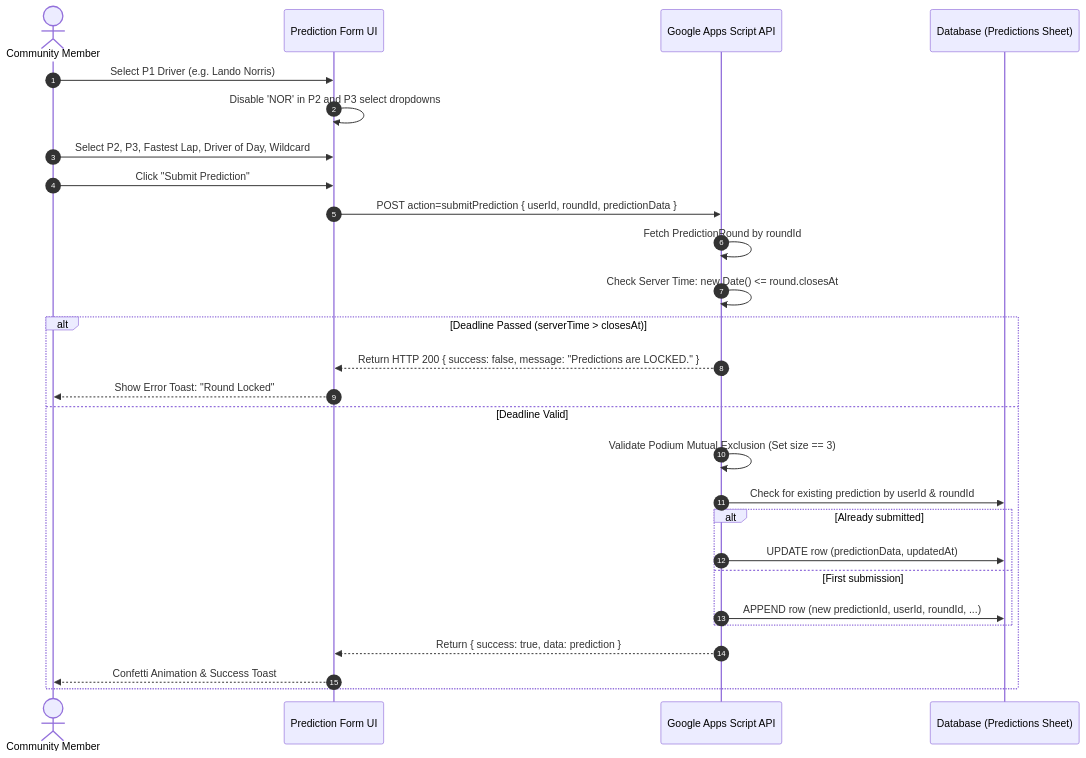
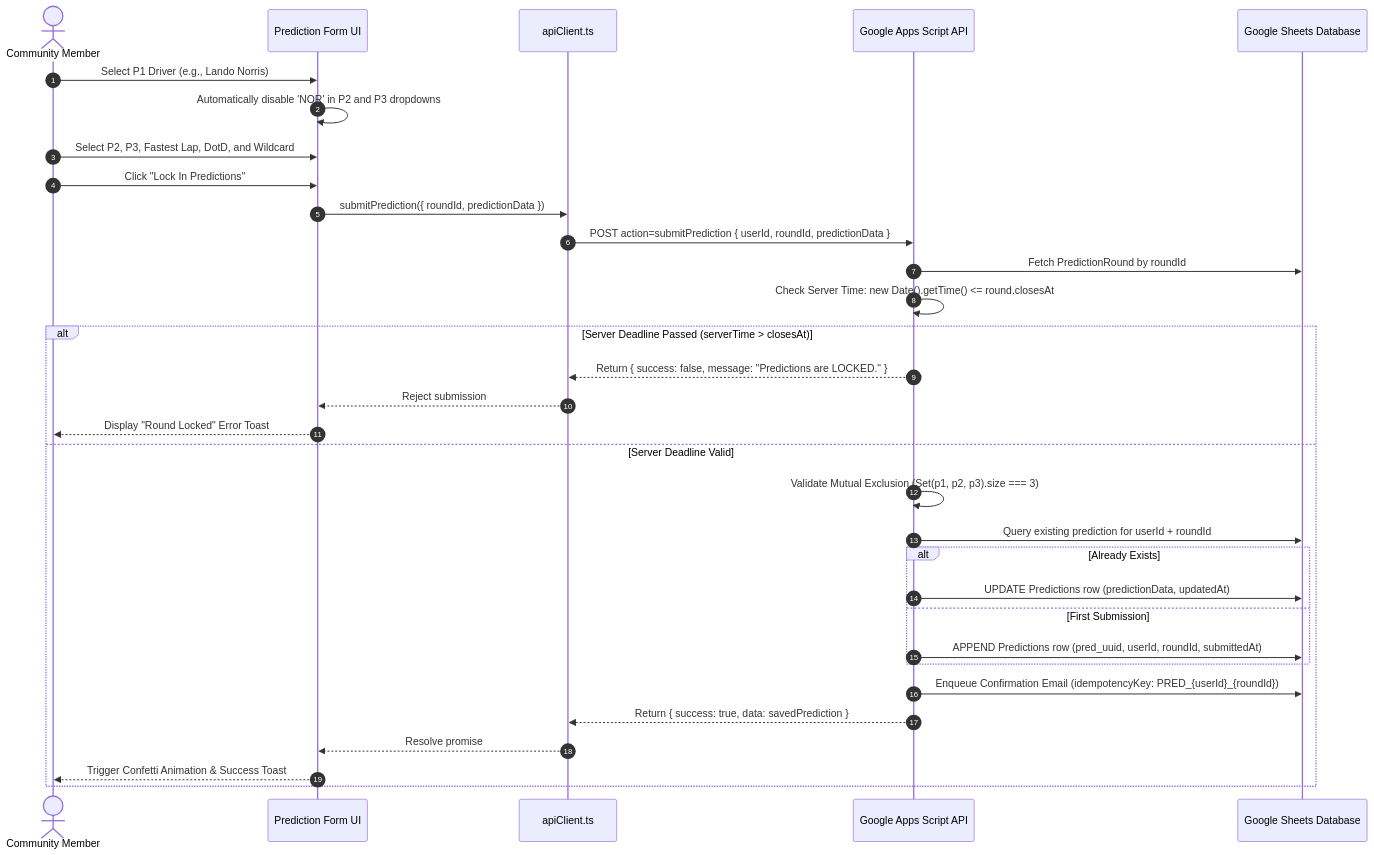
One commit to Hj1418/F1-Prediction-Wall changed the ninth of 15 diagrams in docs/ARCHITECTURE.md. Above: the diagram before and after it, drawn with Mermaid. The commit also changed other lines of this file and 3 other files, not shown here.

Commit message:
docs: comprehensive master technical architecture, C1-C4 diagrams, and cloud topology update

````diff
--- a/docs/ARCHITECTURE.md
+++ b/docs/ARCHITECTURE.md
@@ -388,32 +895,37 @@
 ```mermaid
 sequenceDiagram
     autonumber
-    actor User as Community Member
+    actor Racer as Community Member
     participant Form as Prediction Form UI
-    participant Backend as Google Apps Script API
-    participant Sheet as Database (Predictions Sheet)
+    participant Client as apiClient.ts
+    participant GAS as Google Apps Script API
+    participant DB as Google Sheets Database
 
-    User->>Form: Select P1 Driver (e.g. Lando Norris)
-    Form->>Form: Disable 'NOR' in P2 and P3 select dropdowns
-    User->>Form: Select P2, P3, Fastest Lap, Driver of Day, Wildcard
-    User->>Form: Click "Submit Prediction"
+    Racer->>Form: Select P1 Driver (e.g., Lando Norris)
+    Form->>Form: Automatically disable 'NOR' in P2 and P3 dropdowns
+    Racer->>Form: Select P2, P3, Fastest Lap, DotD, and Wildcard
+    Racer->>Form: Click "Lock In Predictions"
+    Form->>Client: submitPrediction({ roundId, predictionData })
+    Client->>GAS: POST action=submitPrediction { userId, roundId, predictionData }
 
-    Form->>Backend: POST action=submitPrediction { userId, roundId, predictionData }
-    Backend->>Backend: Fetch PredictionRound by roundId
-    Backend->>Backend: Check Server Time: new Date() <= round.closesAt
+    GAS->>DB: Fetch PredictionRound by roundId
+    GAS->>GAS: Check Server Time: new Date().getTime() <= round.closesAt
 
-    alt Deadline Passed (serverTime > closesAt)
-        Backend-->>Form: Return HTTP 200 { success: false, message: "Predictions are LOCKED." }
-        Form-->>User: Show Error Toast: "Round Locked"
-    else Deadline Valid
-        Backend->>Backend: Validate Podium Mutual Exclusion (Set size == 3)
-        Backend->>Sheet: Check for existing prediction by userId & roundId
-        alt Already submitted
-            Backend->>Sheet: UPDATE row (predictionData, updatedAt)
-        else First submission
-            Backend->>Sheet: APPEND row (new predictionId, userId, roundId, ...)
+    alt Server Deadline Passed (serverTime > closesAt)
+        GAS-->>Client: Return { success: false, message: "Predictions are LOCKED." }
+        Client-->>Form: Reject submission
+        Form-->>Racer: Display "Round Locked" Error Toast
+    else Server Deadline Valid
+        GAS->>GAS: Validate Mutual Exclusion (Set(p1, p2, p3).size === 3)
+        GAS->>DB: Query existing prediction for userId + roundId
+        alt Already Exists
+            GAS->>DB: UPDATE Predictions row (predictionData, updatedAt)
+        else First Submission
+            GAS->>DB: APPEND Predictions row (pred_uuid, userId, roundId, submittedAt)
         end
-        Backend-->>Form: Return { success: true, data: prediction }
-        Form-->>User: Confetti Animation & Success Toast
+        GAS->>DB: Enqueue Confirmation Email (idempotencyKey: PRED_{userId}_{roundId})
+        GAS-->>Client: Return { success: true, data: savedPrediction }
+        Client-->>Form: Resolve promise
+        Form-->>Racer: Trigger Confetti Animation & Success Toast
     end
 ```
````
